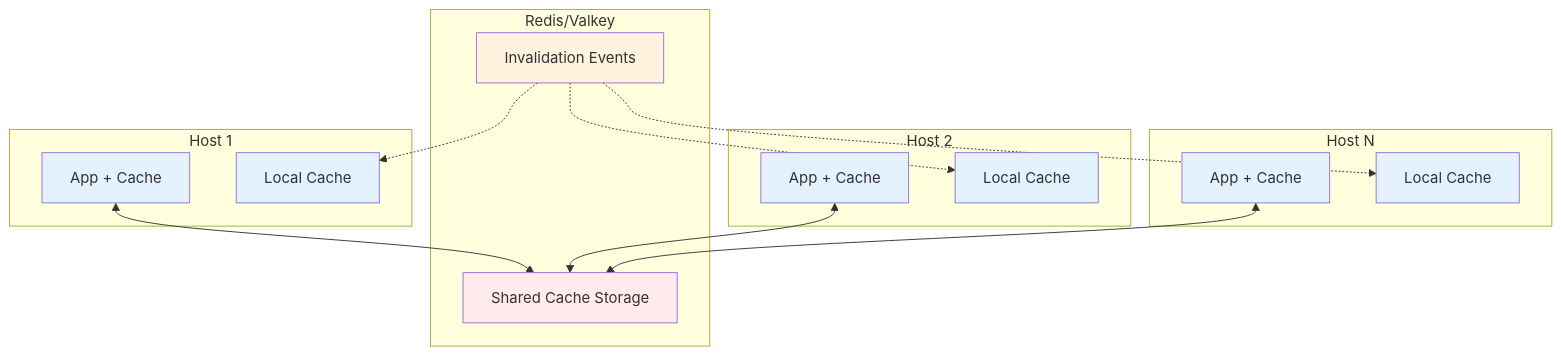
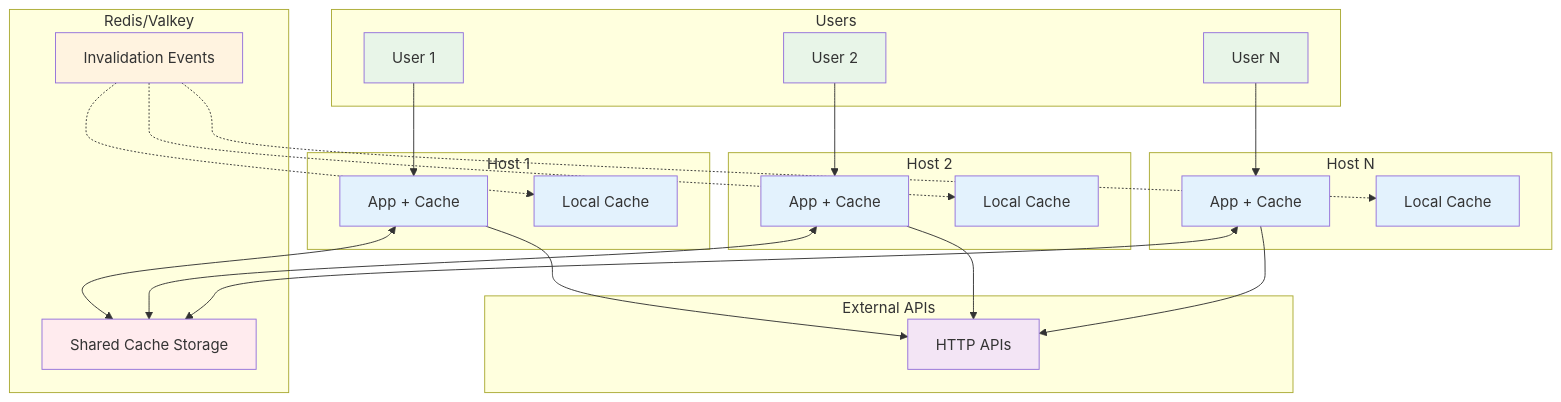
The first of 2 diagrams in README.md (platformatic/undici-cache-redis), drawn with Mermaid before and after one commit. The commit also changed other lines of this file, not shown here.

Commit message:
docs: enhance multi-host architecture diagram with user flow
- Add end users section showing multiple user requests
- Include external APIs section to show complete request flow
- Add arrows showing user requests to apps and apps to APIs
- Update description to explain complete flow from users to APIs
- Use color coding to distinguish different system components

````diff
--- a/README.md
+++ b/README.md
@@ -231,38 +231,60 @@
 ```mermaid
 graph TB
+    subgraph "Users"
+        U1[User 1]
+        U2[User 2]
+        U3[User N]
+    end
+    
     subgraph "Host 1"
         A1[App + Cache]
         B1[Local Cache]
     end
     
     subgraph "Host 2" 
         A2[App + Cache]
         B2[Local Cache]
     end
     
     subgraph "Host N"
         A3[App + Cache]
         B3[Local Cache]
     end
     
     subgraph "Redis/Valkey"
         R[Shared Cache Storage]
         E[Invalidation Events]
     end
     
+    subgraph "External APIs"
+        API[HTTP APIs]
+    end
+    
+    U1 --> A1
+    U2 --> A2
+    U3 --> A3
+    
     A1 <--> R
     A2 <--> R
     A3 <--> R
+    
+    A1 --> API
+    A2 --> API
+    A3 --> API
     
     E -.-> B1
     E -.-> B2
     E -.-> B3
     
+    classDef users fill:#e8f5e8
     classDef host fill:#e3f2fd
     classDef redis fill:#ffebee
     classDef events fill:#fff3e0
+    classDef api fill:#f3e5f5
     
+    class U1,U2,U3 users
     class A1,A2,A3,B1,B2,B3 host
     class R redis
     class E events
+    class API api
 ```
````
